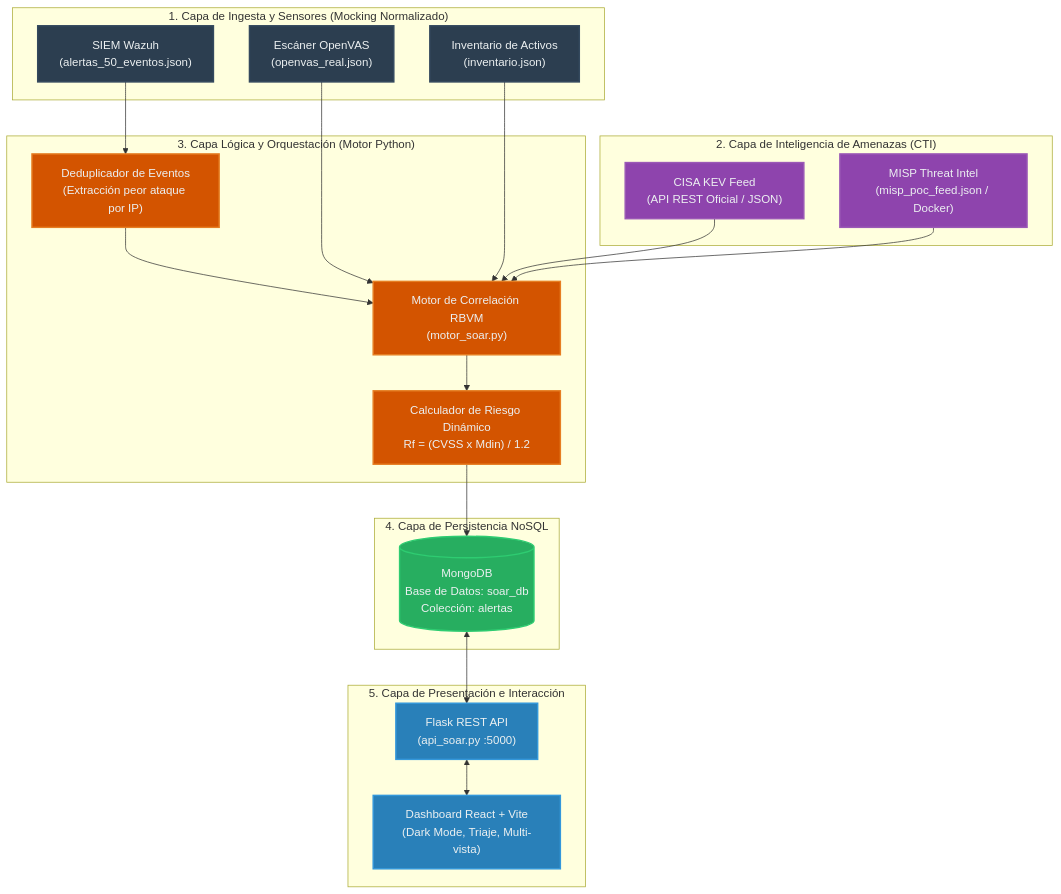
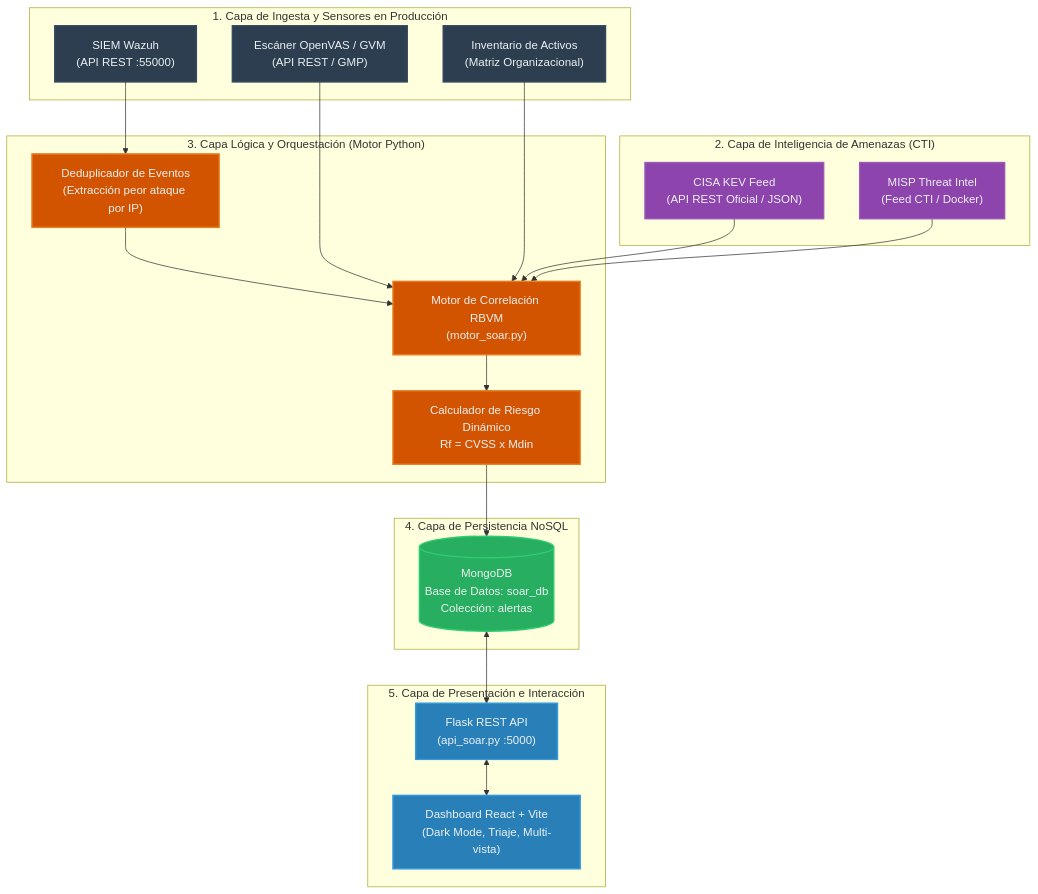
One commit to jalvarez-uv/tesis_soar changed the diagram in README.md. Above: the diagram before and after it, drawn with Mermaid. The commit also changed other lines of this file and 2 other files, not shown here.

````diff
--- a/README.md
+++ b/README.md
@@ -76,54 +79,54 @@
 ```mermaid
 flowchart TD
-    subgraph CAPA_INGESTA["1. Capa de Ingesta y Sensores (Mocking Normalizado)"]
-        Wazuh["SIEM Wazuh<br/>(alertas_50_eventos.json)"]
-        OpenVAS["Escáner OpenVAS<br/>(openvas_real.json)"]
-        Inventario["Inventario de Activos<br/>(inventario.json)"]
+    subgraph CAPA_INGESTA["1. Capa de Ingesta y Sensores en Producción"]
+        Wazuh["SIEM Wazuh<br/>(API REST :55000)"]
+        OpenVAS["Escáner OpenVAS / GVM<br/>(API REST / GMP)"]
+        Inventario["Inventario de Activos<br/>(Matriz Organizacional)"]
     end
 
     subgraph CAPA_CTI["2. Capa de Inteligencia de Amenazas (CTI)"]
         CISA["CISA KEV Feed<br/>(API REST Oficial / JSON)"]
-        MISP["MISP Threat Intel<br/>(misp_poc_feed.json / Docker)"]
+        MISP["MISP Threat Intel<br/>(Feed CTI / Docker)"]
     end
 
     subgraph CAPA_LOGICA["3. Capa Lógica y Orquestación (Motor Python)"]
         Deduplicador["Deduplicador de Eventos<br/>(Extracción peor ataque por IP)"]
         Correlacionador["Motor de Correlación RBVM<br/>(motor_soar.py)"]
-        Calculador["Calculador de Riesgo Dinámico<br/>Rf = (CVSS x Mdin) / 1.2"]
+        Calculador["Calculador de Riesgo Dinámico<br/>Rf = CVSS x Mdin"]
     end
 
     subgraph CAPA_DATOS["4. Capa de Persistencia NoSQL"]
         Mongo[("MongoDB<br/>Base de Datos: soar_db<br/>Colección: alertas")]
     end
 
     subgraph CAPA_PRESENTACION["5. Capa de Presentación e Interacción"]
         API["Flask REST API<br/>(api_soar.py :5000)"]
         Dashboard["Dashboard React + Vite<br/>(Dark Mode, Triaje, Multi-vista)"]
     end
 
     %% Flujos de datos
     Wazuh --> Deduplicador
     OpenVAS --> Correlacionador
     Inventario --> Correlacionador
     CISA --> Correlacionador
     MISP --> Correlacionador
 
     Deduplicador --> Correlacionador
     Correlacionador --> Calculador
     Calculador --> Mongo
 
     Mongo <--> API
     API <--> Dashboard
 
     classDef ingesta fill:#2c3e50,stroke:#34495e,stroke-width:2px,color:#ecf0f1;
     classDef cti fill:#8e44ad,stroke:#9b59b6,stroke-width:2px,color:#ecf0f1;
     classDef logic fill:#d35400,stroke:#e67e22,stroke-width:2px,color:#ecf0f1;
     classDef db fill:#27ae60,stroke:#2ecc71,stroke-width:2px,color:#ecf0f1;
     classDef ui fill:#2980b9,stroke:#3498db,stroke-width:2px,color:#ecf0f1;
 
     class Wazuh,OpenVAS,Inventario ingesta;
     class CISA,MISP cti;
     class Deduplicador,Correlacionador,Calculador logic;
     class Mongo db;
     class API,Dashboard ui;
 ```
````
